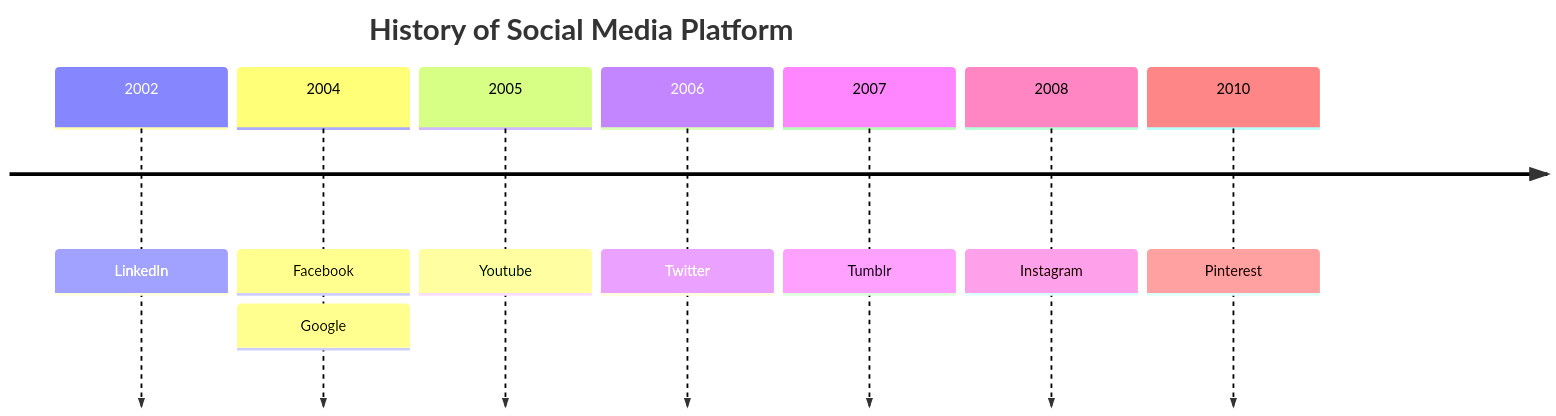
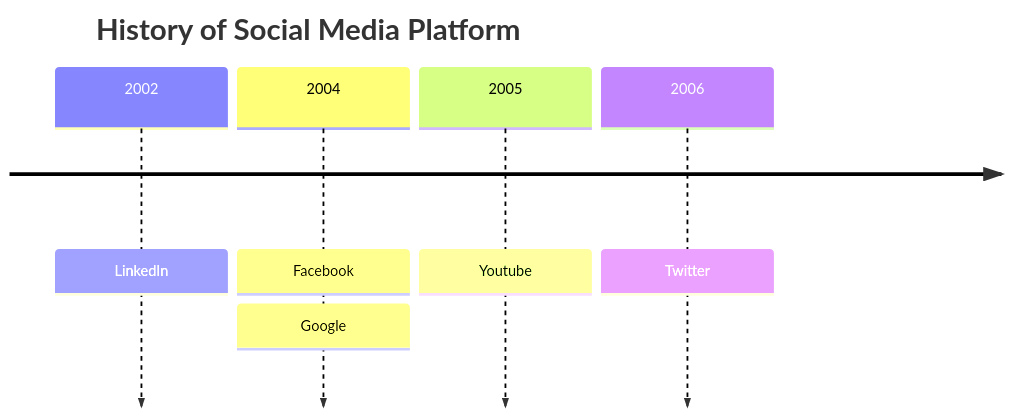
The diagram in packages/mermaid/src/docs/syntax/timeline.md (mermaid-js/mermaid), drawn with Mermaid before and after one commit. The commit also changed other lines of this file, not shown here.

````diff
--- a/packages/mermaid/src/docs/syntax/timeline.md
+++ b/packages/mermaid/src/docs/syntax/timeline.md
@@ -9,11 +9,8 @@
 ```mermaid
 timeline
     title History of Social Media Platform
     2002 : LinkedIn
     2004 : Facebook : Google
     2005 : Youtube
     2006 : Twitter
-    2007 : Tumblr
-    2008 : Instagram
-    2010 : Pinterest
 ```
````
